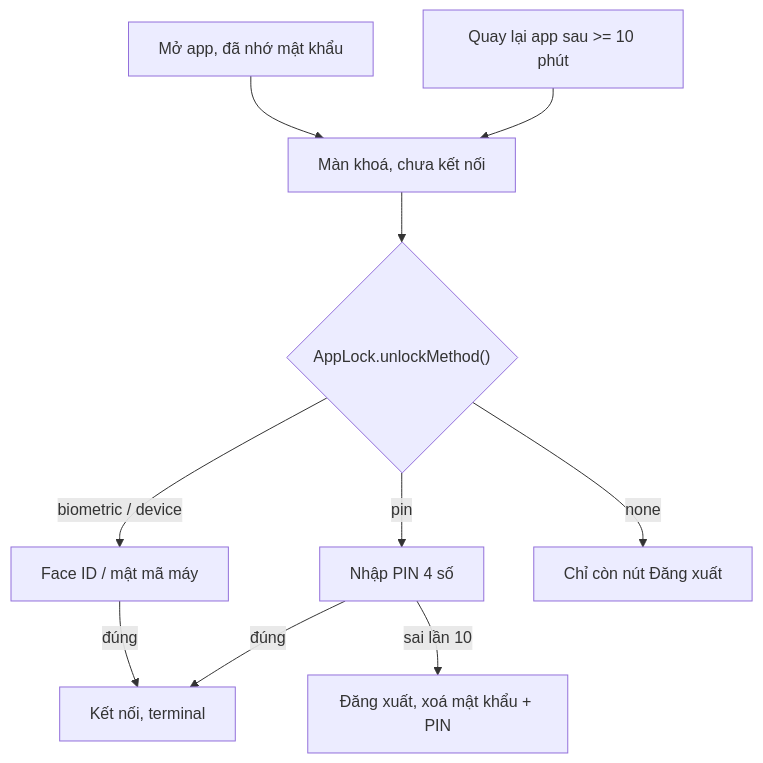
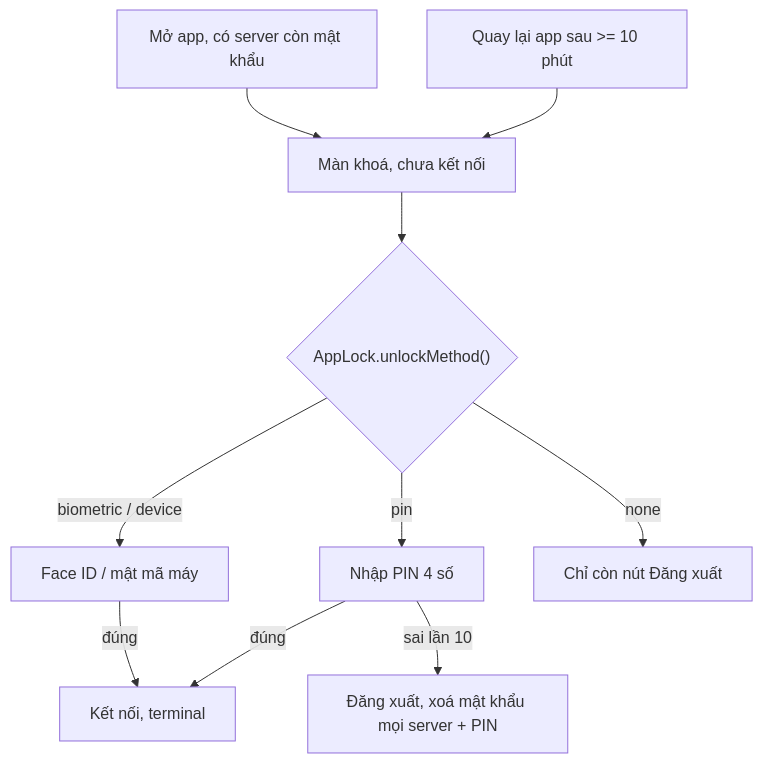
Before and after one commit to mihb123/ttyd-keys: the diagram in docs/feature/khoa-app.md, drawn with Mermaid. The commit also changed other lines of this file and 13 other files, not shown here.

First line of the commit message:
Nhiều server: sidebar vuốt từ mép trái chuyển server, giữ kết nối song song

````diff
--- a/docs/feature/khoa-app.md
+++ b/docs/feature/khoa-app.md
@@ -34,12 +34,12 @@
 ```mermaid
 flowchart TD
-    Start["Mở app, đã nhớ mật khẩu"] --> Lock["Màn khoá, chưa kết nối"]
+    Start["Mở app, có server còn mật khẩu"] --> Lock["Màn khoá, chưa kết nối"]
     Resume["Quay lại app sau >= 10 phút"] --> Lock
     Lock --> M{"AppLock.unlockMethod()"}
     M -->|"biometric / device"| Bio["Face ID / mật mã máy"]
     M -->|"pin"| Pin["Nhập PIN 4 số"]
     M -->|"none"| Out["Chỉ còn nút Đăng xuất"]
     Bio -->|"đúng"| Open["Kết nối, terminal"]
     Pin -->|"đúng"| Open
-    Pin -->|"sai lần 10"| Logout["Đăng xuất, xoá mật khẩu + PIN"]
+    Pin -->|"sai lần 10"| Logout["Đăng xuất, xoá mật khẩu mọi server + PIN"]
 ```
````
